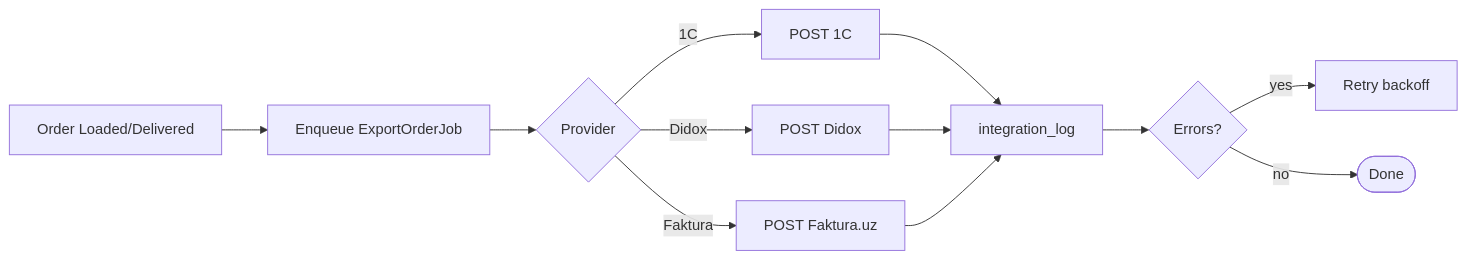
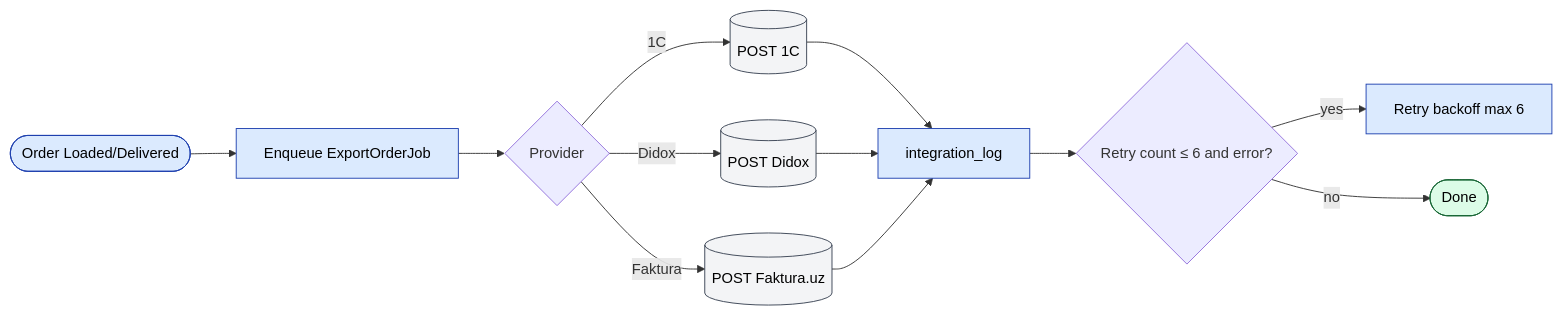
The diagram in docs/modules/integration.md (jamshidtulaganov/sd-doc), drawn with Mermaid before and after one commit. The commit also changed other lines of this file and 21 other files, not shown here.

````diff
--- a/docs/modules/integration.md
+++ b/docs/modules/integration.md
@@ -37,14 +53,23 @@
 ```mermaid
 flowchart LR
-  S[Order Loaded/Delivered] --> J[Enqueue ExportOrderJob]
-  J --> C{Provider}
-  C -->|1C| S1[POST 1C]
-  C -->|Didox| S2[POST Didox]
-  C -->|Faktura| S3[POST Faktura.uz]
-  S1 --> LOG[integration_log]
+  S(["Order Loaded/Delivered"]) --> J["Enqueue ExportOrderJob"]
+  J --> C{"Provider"}
+  C -->|1C| S1[("POST 1C")]
+  C -->|Didox| S2[("POST Didox")]
+  C -->|Faktura| S3[("POST Faktura.uz")]
+  S1 --> LOG["integration_log"]
   S2 --> LOG
   S3 --> LOG
-  LOG --> RTY{Errors?}
-  RTY -->|yes| BACK[Retry backoff]
-  RTY -->|no| DONE([Done])
+  LOG --> RTY{"Retry count ≤ 6 and error?"}
+  RTY -->|yes| BACK["Retry backoff max 6"]
+  RTY -->|no| DONE(["Done"])
+classDef action   fill:#dbeafe,stroke:#1e40af,color:#000
+classDef approval fill:#fef3c7,stroke:#92400e,color:#000
+classDef success  fill:#dcfce7,stroke:#166534,color:#000
+classDef reject   fill:#fee2e2,stroke:#991b1b,color:#000
+classDef external fill:#f3f4f6,stroke:#374151,color:#000
+classDef cron     fill:#ede9fe,stroke:#6d28d9,color:#000
+class S,J,LOG,BACK action
+class S1,S2,S3 external
+class DONE success
 ```
````
